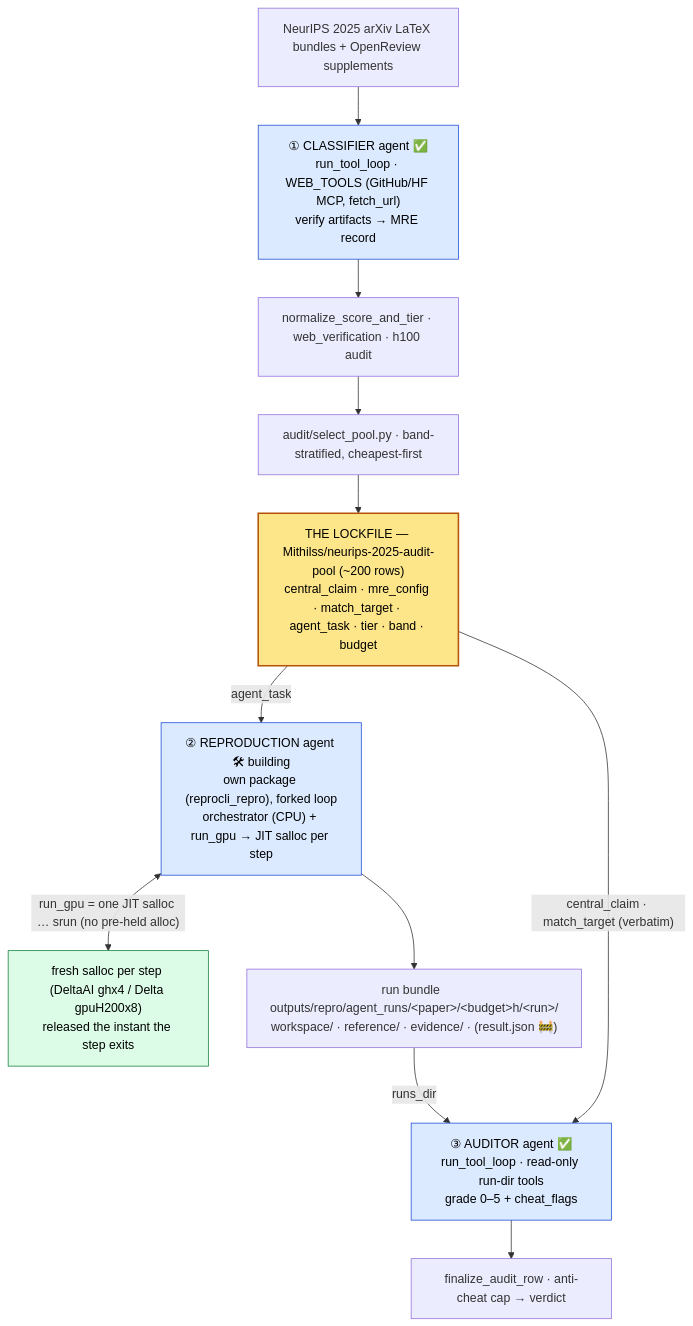
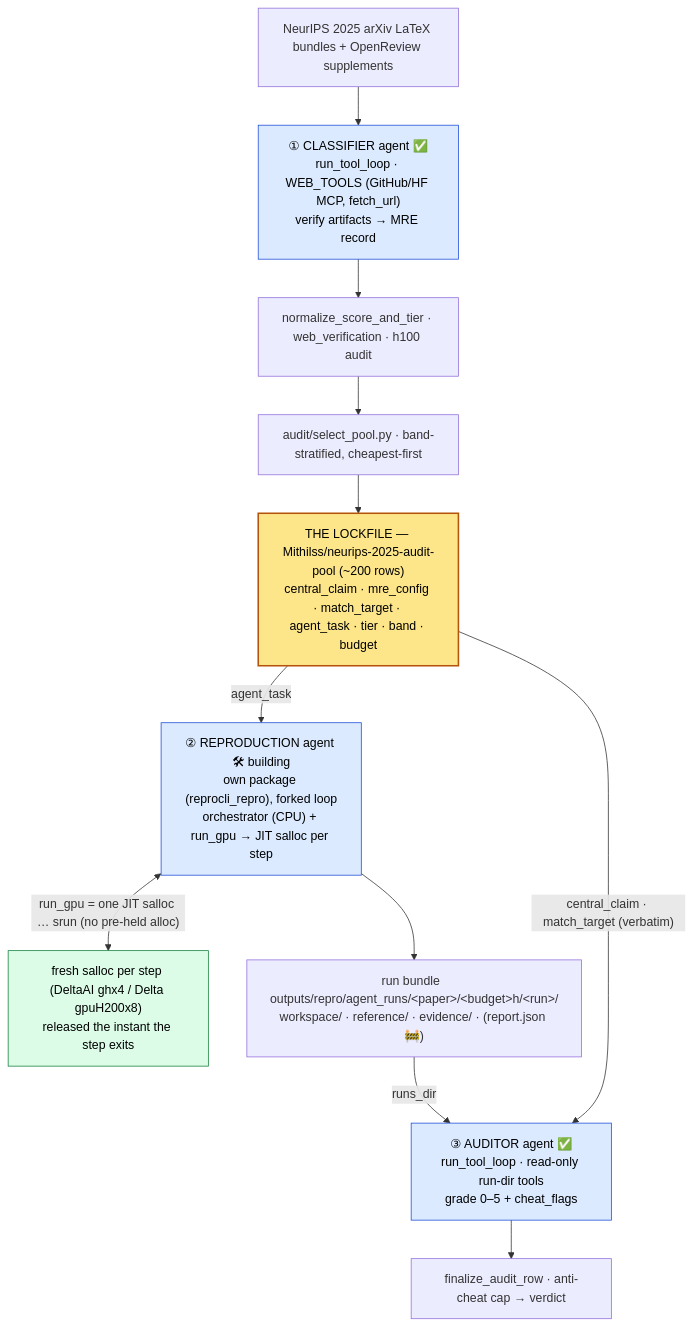
The diagram in docs/architecture.md (mithils3/reprocli), drawn with Mermaid before and after one commit. The commit also changed other lines of this file and 22 other files, not shown here.

First line of the commit message:
repro: confine agent shell steps to their own dirs via mandatory bwrap

````diff
--- a/docs/architecture.md
+++ b/docs/architecture.md
@@ -32,26 +32,26 @@
 ```mermaid
 flowchart TD
   classDef lock fill:#fde68a,stroke:#b45309,stroke-width:2px,color:#000;
   classDef llm  fill:#dbeafe,stroke:#1d4ed8,color:#000;
   classDef gpu  fill:#dcfce7,stroke:#15803d,color:#000;
 
   A["NeurIPS 2025 arXiv LaTeX bundles + OpenReview supplements"]
   CL["① CLASSIFIER agent ✅<br/>run_tool_loop · WEB_TOOLS (GitHub/HF MCP, fetch_url)<br/>verify artifacts → MRE record"]:::llm
   POST1["normalize_score_and_tier · web_verification · h100 audit"]
   SEL["audit/select_pool.py · band-stratified, cheapest-first"]
   LOCK["THE LOCKFILE — Mithilss/neurips-2025-audit-pool (~200 rows)<br/>central_claim · mre_config · match_target · agent_task · tier · band · budget"]:::lock
   RA["② REPRODUCTION agent 🛠 building<br/>own package (reprocli_repro), forked loop<br/>orchestrator (CPU) + run_gpu → JIT salloc per step"]:::llm
   GPU["fresh salloc per step (DeltaAI ghx4 / Delta gpuH200x8)<br/>released the instant the step exits"]:::gpu
-  BUN["run bundle  outputs/repro/agent_runs/&lt;paper&gt;/&lt;budget&gt;h/&lt;run&gt;/<br/>workspace/ · reference/ · evidence/ · (result.json 🚧)"]
+  BUN["run bundle  outputs/repro/agent_runs/&lt;paper&gt;/&lt;budget&gt;h/&lt;run&gt;/<br/>workspace/ · reference/ · evidence/ · (report.json 🚧)"]
   AU["③ AUDITOR agent ✅<br/>run_tool_loop · read-only run-dir tools<br/>grade 0–5 + cheat_flags"]:::llm
   POST2["finalize_audit_row · anti-cheat cap → verdict"]
 
   A --> CL --> POST1 --> SEL --> LOCK
   LOCK -->|"agent_task"| RA
   RA <-->|"run_gpu = one JIT salloc … srun (no pre-held alloc)"| GPU
   RA --> BUN
   LOCK -->|"central_claim · match_target (verbatim)"| AU
   BUN -->|"runs_dir"| AU --> POST2
 
   class LOCK lock;
 ```
````
